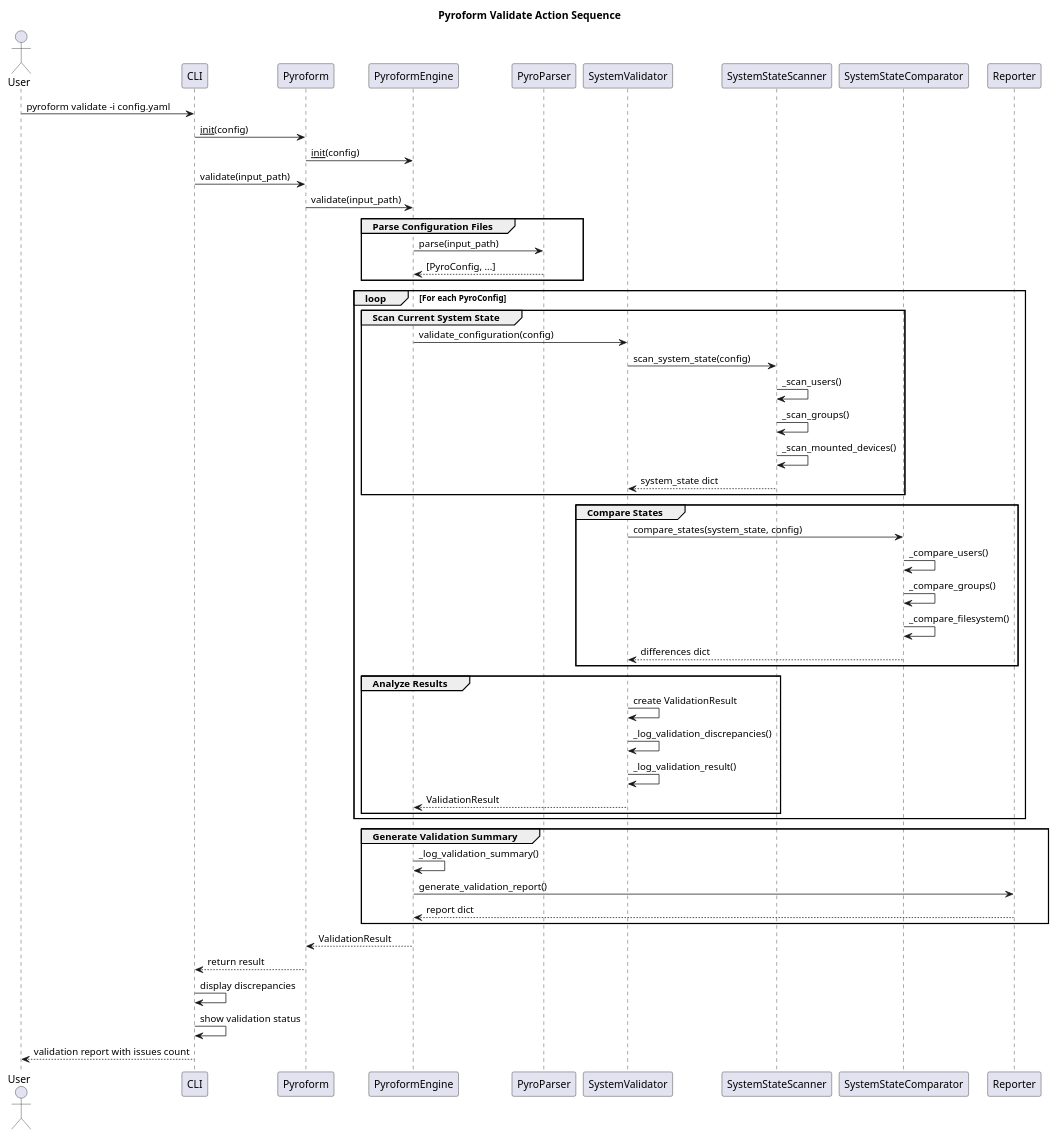
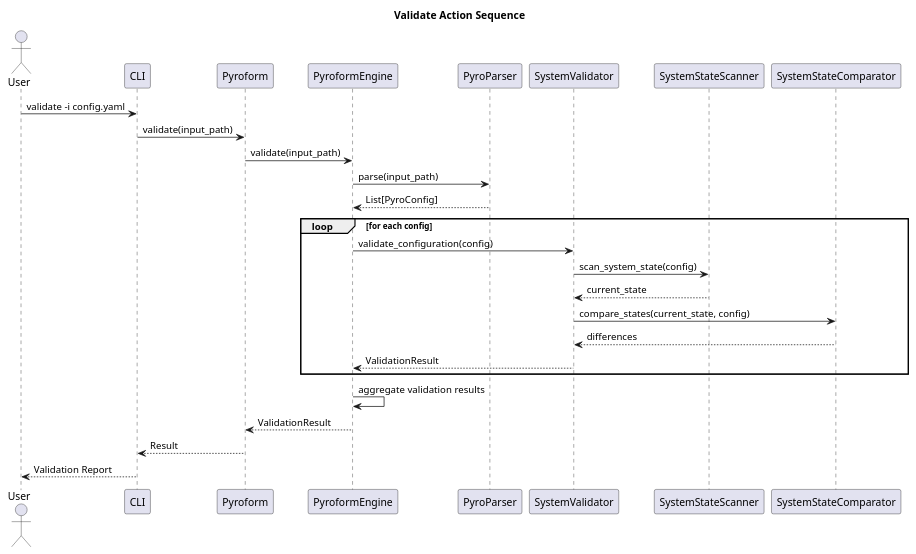
Before and after one commit to Del-Tango/Pyroform: the diagram in pyroform/dox/Diagrams/pyroform_action_validate.puml, drawn with PlantUML. The commit also changed 29 other files, not shown here.

Commit message:
Updated PlantUML diagrams and README file

```diff
--- a/pyroform/dox/Diagrams/pyroform_action_validate.puml
+++ b/pyroform/dox/Diagrams/pyroform_action_validate.puml
@@ -1,64 +1,32 @@
-@startuml Pyroform_Validate_Sequence
-title Pyroform Validate Action Sequence
+@startuml
+title Validate Action Sequence
 
 actor User
 participant CLI
 participant Pyroform
 participant PyroformEngine
 participant PyroParser
 participant SystemValidator
 participant SystemStateScanner
 participant SystemStateComparator
-participant Reporter
 
-User -> CLI: pyroform validate -i config.yaml
-CLI -> Pyroform: __init__(config)
-Pyroform -> PyroformEngine: __init__(config)
-
+User -> CLI: validate -i config.yaml
 CLI -> Pyroform: validate(input_path)
 Pyroform -> PyroformEngine: validate(input_path)
+PyroformEngine -> PyroParser: parse(input_path)
+PyroParser --> PyroformEngine: List[PyroConfig]
 
-group Parse Configuration Files
-    PyroformEngine -> PyroParser: parse(input_path)
-    PyroParser --> PyroformEngine: [PyroConfig, ...]
+loop for each config
+  PyroformEngine -> SystemValidator: validate_configuration(config)
+  SystemValidator -> SystemStateScanner: scan_system_state(config)
+  SystemStateScanner --> SystemValidator: current_state
+  SystemValidator -> SystemStateComparator: compare_states(current_state, config)
+  SystemStateComparator --> SystemValidator: differences
+  SystemValidator --> PyroformEngine: ValidationResult
 end
 
-loop For each PyroConfig
-    group Scan Current System State
-        PyroformEngine -> SystemValidator: validate_configuration(config)
-        SystemValidator -> SystemStateScanner: scan_system_state(config)
-        SystemStateScanner -> SystemStateScanner: _scan_users()
-        SystemStateScanner -> SystemStateScanner: _scan_groups()
-        SystemStateScanner -> SystemStateScanner: _scan_mounted_devices()
-        SystemStateScanner --> SystemValidator: system_state dict
-    end
-
-    group Compare States
-        SystemValidator -> SystemStateComparator: compare_states(system_state, config)
-        SystemStateComparator -> SystemStateComparator: _compare_users()
-        SystemStateComparator -> SystemStateComparator: _compare_groups()
-        SystemStateComparator -> SystemStateComparator: _compare_filesystem()
-        SystemStateComparator --> SystemValidator: differences dict
-    end
-
-    group Analyze Results
-        SystemValidator -> SystemValidator: create ValidationResult
-        SystemValidator -> SystemValidator: _log_validation_discrepancies()
-        SystemValidator -> SystemValidator: _log_validation_result()
-        SystemValidator --> PyroformEngine: ValidationResult
-    end
-end
-
-group Generate Validation Summary
-    PyroformEngine -> PyroformEngine: _log_validation_summary()
-    PyroformEngine -> Reporter: generate_validation_report()
-    Reporter --> PyroformEngine: report dict
-end
-
+PyroformEngine -> PyroformEngine: aggregate validation results
 PyroformEngine --> Pyroform: ValidationResult
-Pyroform --> CLI: return result
-CLI -> CLI: display discrepancies
-CLI -> CLI: show validation status
-CLI --> User: validation report with issues count
-
+Pyroform --> CLI: Result
+CLI --> User: Validation Report
 @enduml
```
